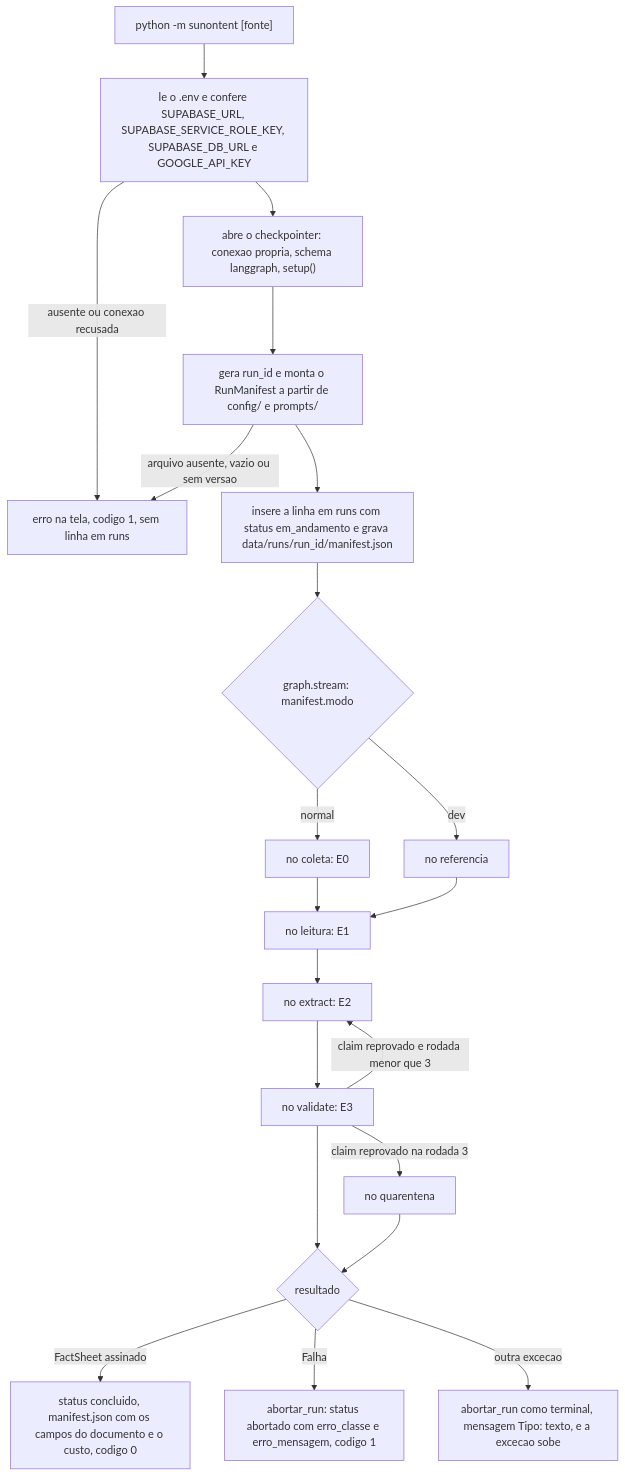
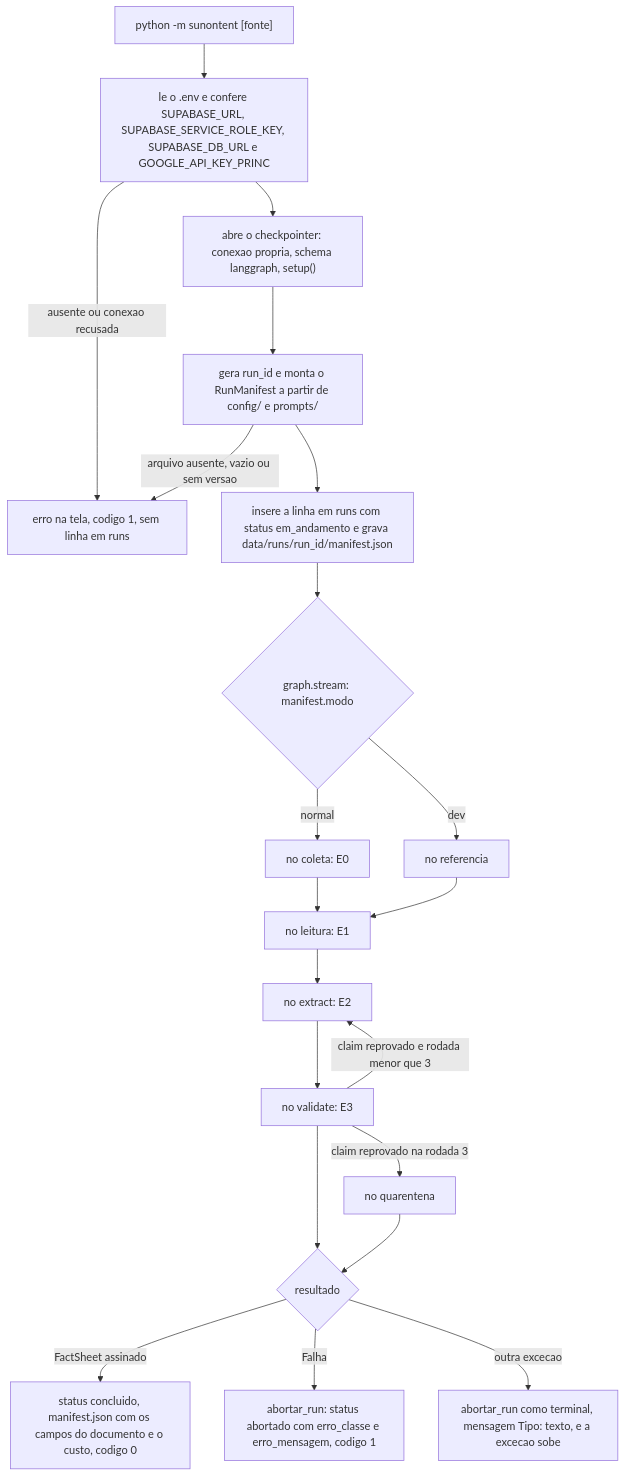
Before and after one commit to lcordeirokopke/Sunointent: the diagram in docs/execucao.md, drawn with Mermaid. The commit also changed other lines of this file and 8 other files, not shown here.

Commit message:
fix: adiciona fallback de chaves api google ai studio

````diff
--- a/docs/execucao.md
+++ b/docs/execucao.md
@@ -19,23 +19,23 @@
 ```mermaid
 flowchart TD
-    CLI["python -m sunontent [fonte]"] --> ENV["le o .env e confere SUPABASE_URL, SUPABASE_SERVICE_ROLE_KEY, SUPABASE_DB_URL e GOOGLE_API_KEY"]
+    CLI["python -m sunontent [fonte]"] --> ENV["le o .env e confere SUPABASE_URL, SUPABASE_SERVICE_ROLE_KEY, SUPABASE_DB_URL e GOOGLE_API_KEY_PRINC"]
     ENV -->|"ausente ou conexao recusada"| PARA["erro na tela, codigo 1, sem linha em runs"]
     ENV --> CK["abre o checkpointer: conexao propria, schema langgraph, setup()"]
     CK --> MAN["gera run_id e monta o RunManifest a partir de config/ e prompts/"]
     MAN -->|"arquivo ausente, vazio ou sem versao"| PARA
     MAN --> RUN["insere a linha em runs com status em_andamento e grava data/runs/run_id/manifest.json"]
     RUN --> G{"graph.stream: manifest.modo"}
     G -->|"normal"| E0["no coleta: E0"]
     G -->|"dev"| REF["no referencia"]
     E0 --> E1["no leitura: E1"]
     REF --> E1
     E1 --> E2["no extract: E2"]
     E2 --> E3["no validate: E3"]
     E3 -->|"claim reprovado e rodada menor que 3"| E2
     E3 -->|"claim reprovado na rodada 3"| QUA["no quarentena"]
     E3 --> FIM{"resultado"}
     QUA --> FIM
     FIM -->|"FactSheet assinado"| OK["status concluido, manifest.json com os campos do documento e o custo, codigo 0"]
     FIM -->|"Falha"| AB["abortar_run: status abortado com erro_classe e erro_mensagem, codigo 1"]
     FIM -->|"outra excecao"| AB2["abortar_run como terminal, mensagem Tipo: texto, e a excecao sobe"]
 ```
````
